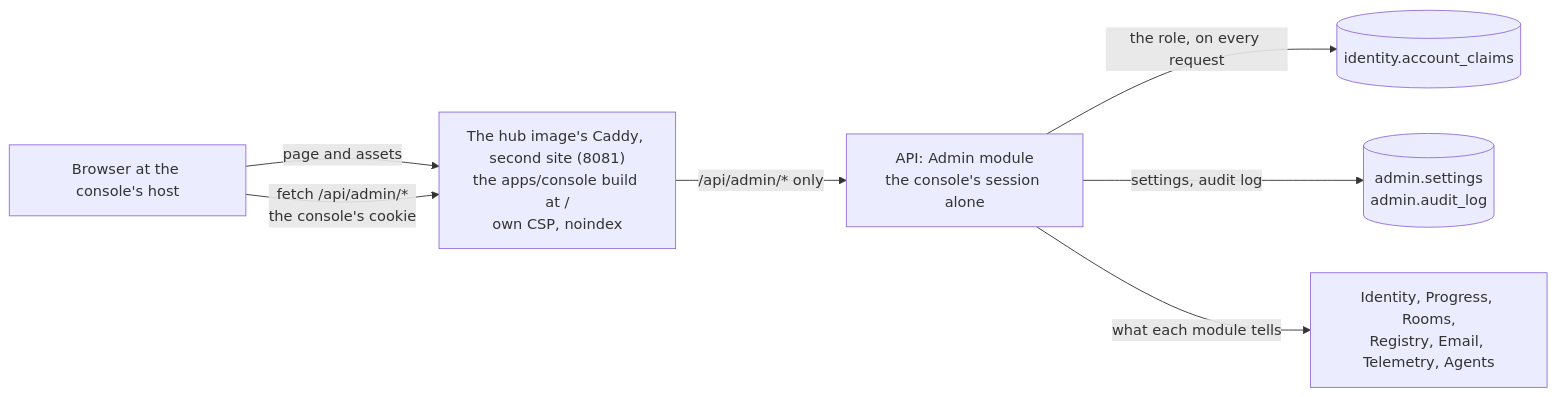
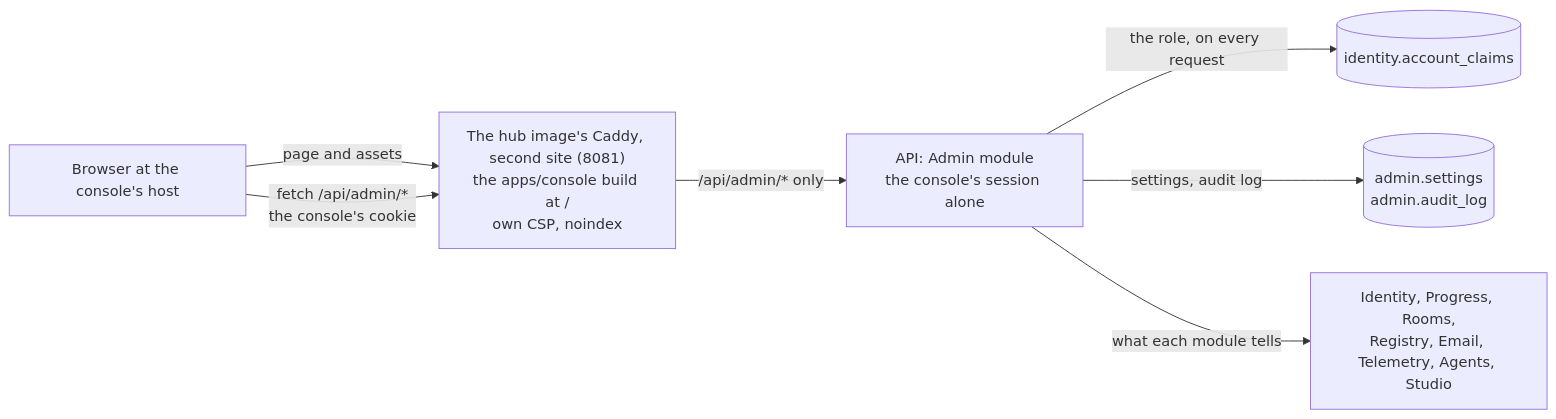
Before and after one commit to vinh466/tohe-play: the first of 6 diagrams in docs/architecture/admin.md, drawn with Mermaid. The commit also changed other lines of this file and 32 other files, not shown here.

First line of the commit message:
feat(api): studio roles and the Studio's own session (ADR 0051)

````diff
--- a/docs/architecture/admin.md
+++ b/docs/architecture/admin.md
@@ -24,9 +25,9 @@
 ```mermaid
 flowchart LR
   browser["Browser at the console's host"] -- "page and assets" --> site["The hub image's Caddy, second site (8081)<br/>the apps/console build at /<br/>own CSP, noindex"]
   browser -- "fetch /api/admin/*<br/>the console's cookie" --> site
   site -- "/api/admin/* only" --> api["API: Admin module<br/>the console's session alone"]
   api -- "the role, on every request" --> claims[("identity.account_claims")]
   api -- "settings, audit log" --> admin[("admin.settings<br/>admin.audit_log")]
-  api -- "what each module tells" --> modules["Identity, Progress, Rooms,<br/>Registry, Email, Telemetry, Agents"]
+  api -- "what each module tells" --> modules["Identity, Progress, Rooms,<br/>Registry, Email, Telemetry, Agents, Studio"]
 ```
````
